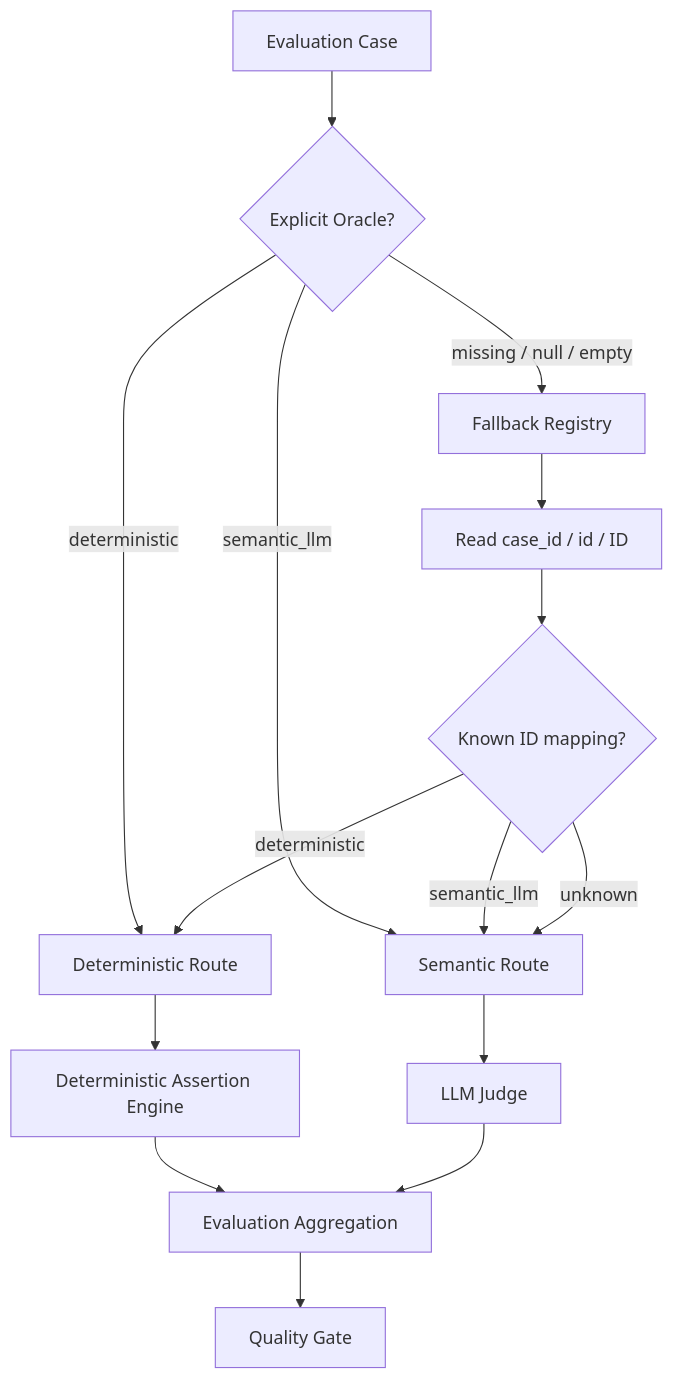
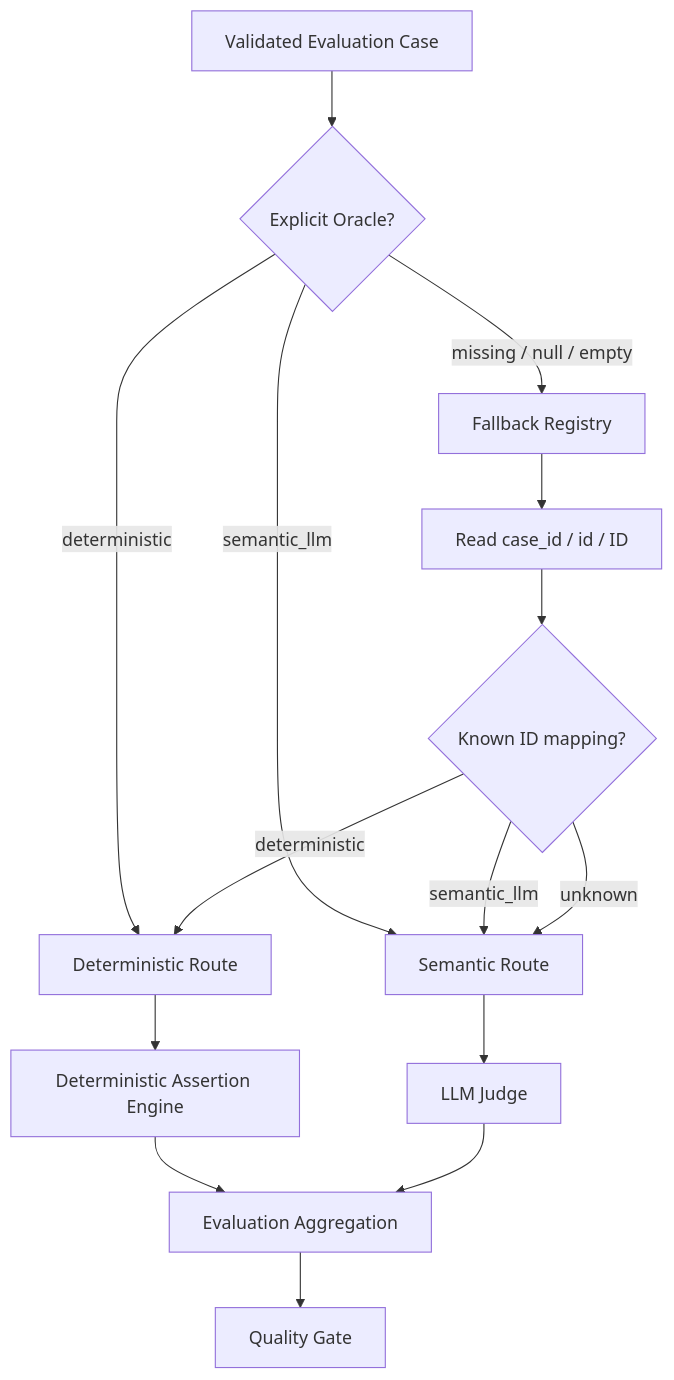
The fourth of 9 diagrams in docs/architecture.md (oleksandrserhieiev-beep/ai-qe-lab), drawn with Mermaid before and after one commit. The commit also changed other lines of this file, not shown here.

Commit message:
Align architecture with implemented adaptive context flow

````diff
--- a/docs/architecture.md
+++ b/docs/architecture.md
@@ -41,17 +134,17 @@
 ```mermaid
 flowchart TD
-    C[Evaluation Case] --> O{Explicit Oracle?}
+    C[Validated Evaluation Case] --> O{Explicit Oracle?}
     O -->|deterministic| D[Deterministic Route]
     O -->|semantic_llm| S[Semantic Route]
     O -->|missing / null / empty| F[Fallback Registry]
     F --> ID[Read case_id / id / ID]
     ID --> M{Known ID mapping?}
     M -->|deterministic| D
     M -->|semantic_llm| S
     M -->|unknown| S
     D --> ENG[Deterministic Assertion Engine]
     S --> LLM[LLM Judge]
     ENG --> AG[Evaluation Aggregation]
     LLM --> AG
     AG --> G[Quality Gate]
 ```
````
